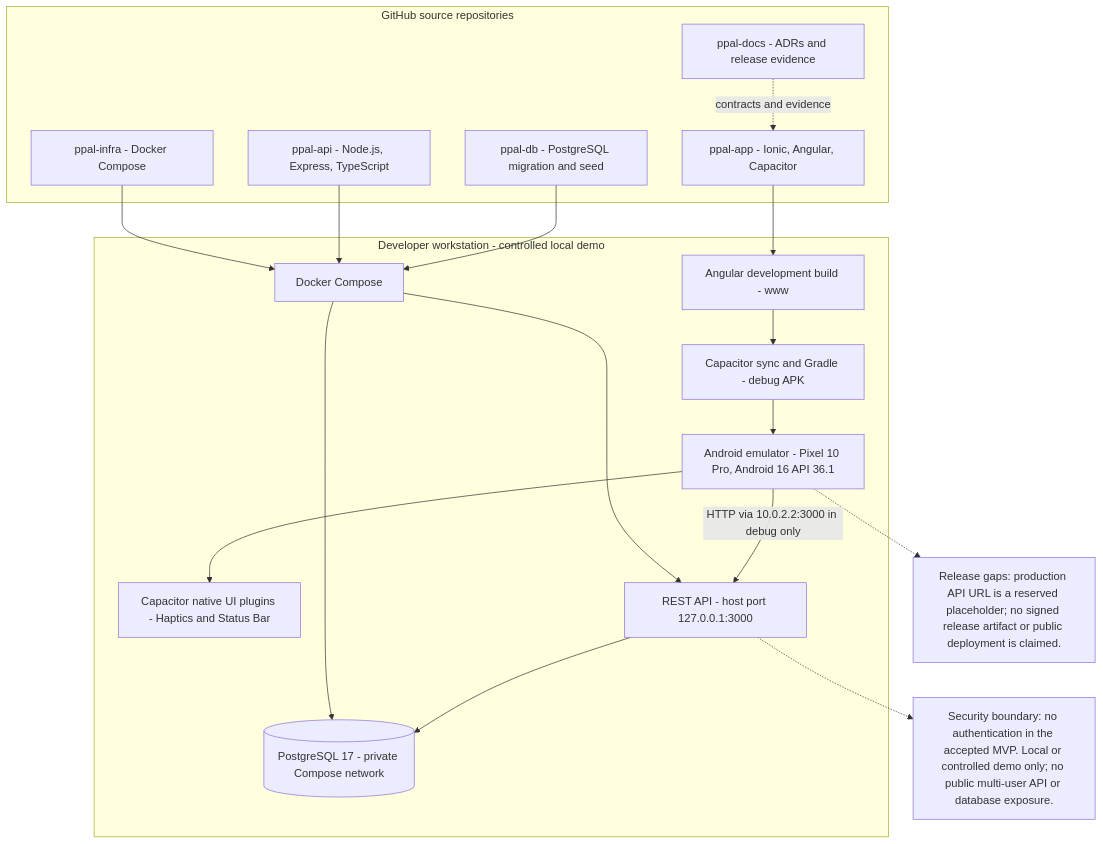
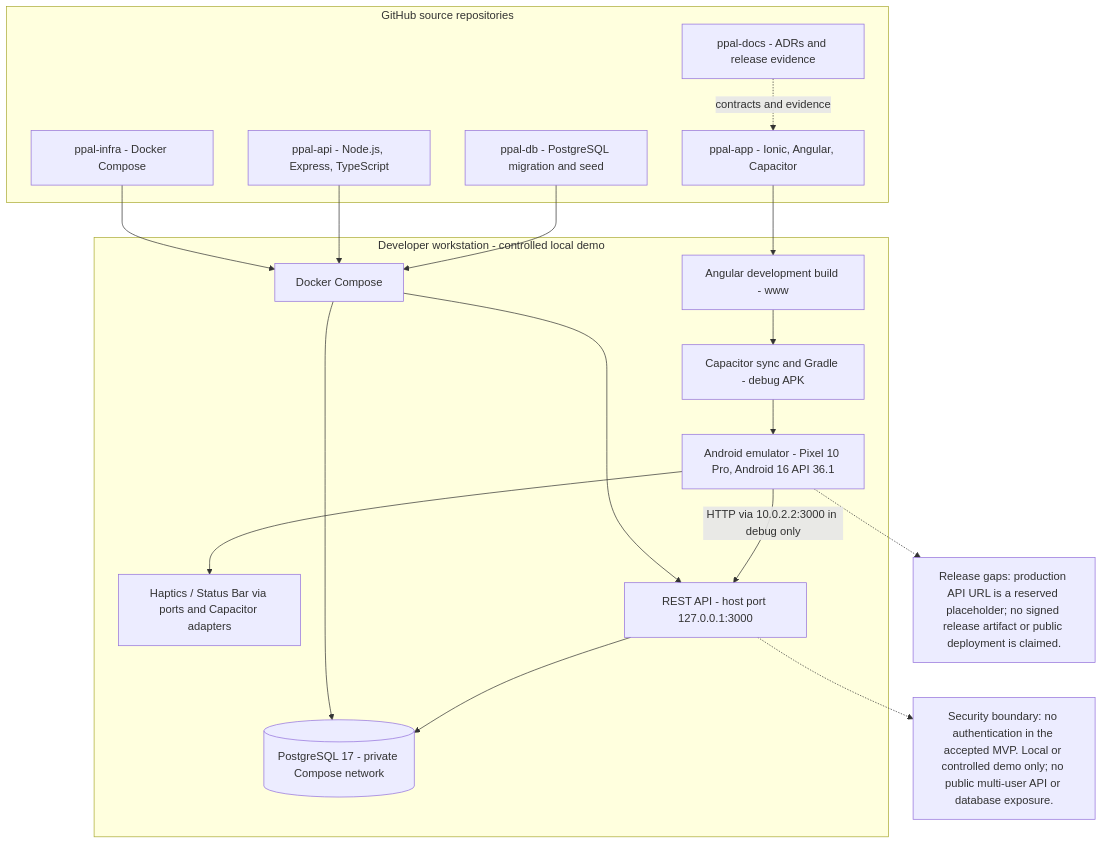
The diagram in 05-release/activity-3-deployment-architecture.mmd (code-corhuila/ppal-docs), drawn with Mermaid before and after one commit.

Commit message:
docs: clarify local native adapter and production gaps

```diff
--- a/05-release/activity-3-deployment-architecture.mmd
+++ b/05-release/activity-3-deployment-architecture.mmd
@@ -1,36 +1,36 @@
 flowchart TB
   subgraph Repo["GitHub source repositories"]
     AppRepo["ppal-app - Ionic, Angular, Capacitor"]
     ApiRepo["ppal-api - Node.js, Express, TypeScript"]
     DbRepo["ppal-db - PostgreSQL migration and seed"]
     InfraRepo["ppal-infra - Docker Compose"]
     DocsRepo["ppal-docs - ADRs and release evidence"]
   end
 
   subgraph Workstation["Developer workstation - controlled local demo"]
     Android["Android emulator - Pixel 10 Pro, Android 16 API 36.1"]
-    NativeUi["Capacitor native UI plugins - Haptics and Status Bar"]
+    NativeUi["Haptics / Status Bar via ports and Capacitor adapters"]
     WebBuild["Angular development build - www"]
     NativeBuild["Capacitor sync and Gradle - debug APK"]
     Compose["Docker Compose"]
     Api["REST API - host port 127.0.0.1:3000"]
     Db[("PostgreSQL 17 - private Compose network")]
   end
 
   AppRepo --> WebBuild
   WebBuild --> NativeBuild
   NativeBuild --> Android
   Android --> NativeUi
   InfraRepo --> Compose
   ApiRepo --> Compose
   DbRepo --> Compose
   Compose --> Api
   Compose --> Db
   Api --> Db
   Android -->|HTTP via 10.0.2.2:3000 in debug only| Api
   DocsRepo -. contracts and evidence .-> AppRepo
 
   ReleaseGap["Release gaps: production API URL is a reserved placeholder; no signed release artifact or public deployment is claimed."]
   Boundary["Security boundary: no authentication in the accepted MVP. Local or controlled demo only; no public multi-user API or database exposure."]
   Api -.-> Boundary
   Android -.-> ReleaseGap
```
